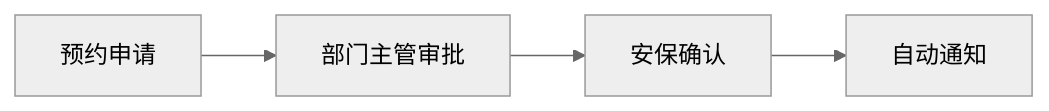
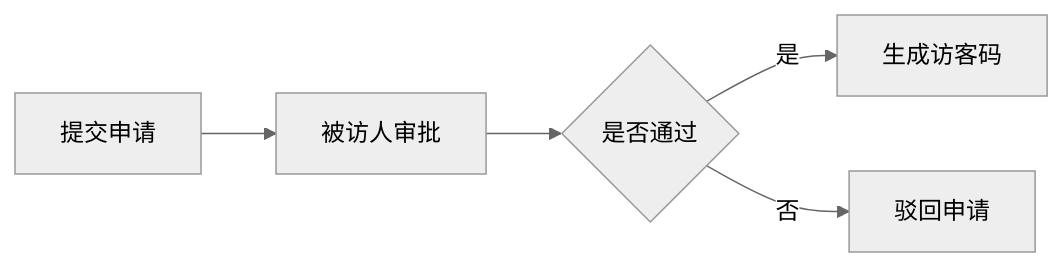
The second of 2 diagrams in devel/requirement.md (yuhaibao39/n8ndeploy), drawn with Mermaid (neutral theme) before and after one commit. The commit also changed other lines of this file, not shown here.

````diff
--- a/devel/requirement.md
+++ b/devel/requirement.md
@@ -53,6 +49,7 @@
 ```mermaid
 graph LR
-    A[预约申请] --> B[部门主管审批]
-    B --> C[安保确认]
-    C --> D[自动通知]
+    A[提交申请] --> B[被访人审批]
+    B --> C{是否通过}
+    C -->|是| D[生成访客码]
+    C -->|否| E[驳回申请]
 ```
````
